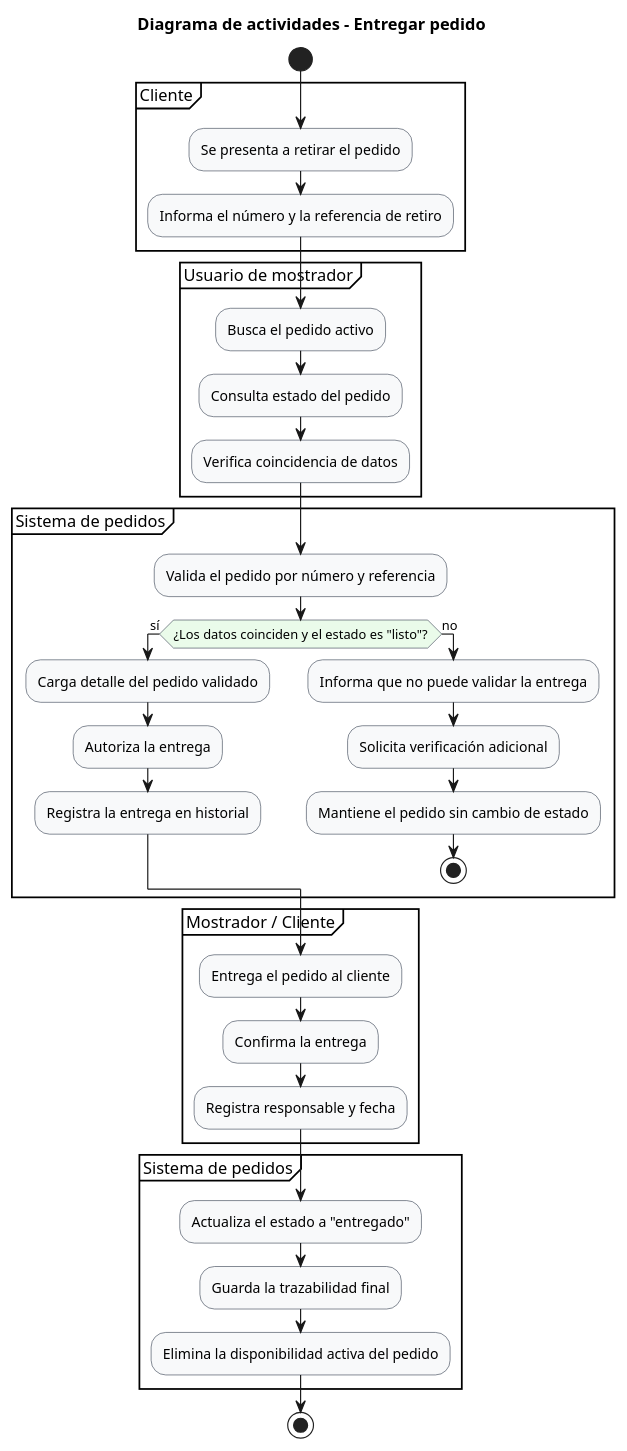
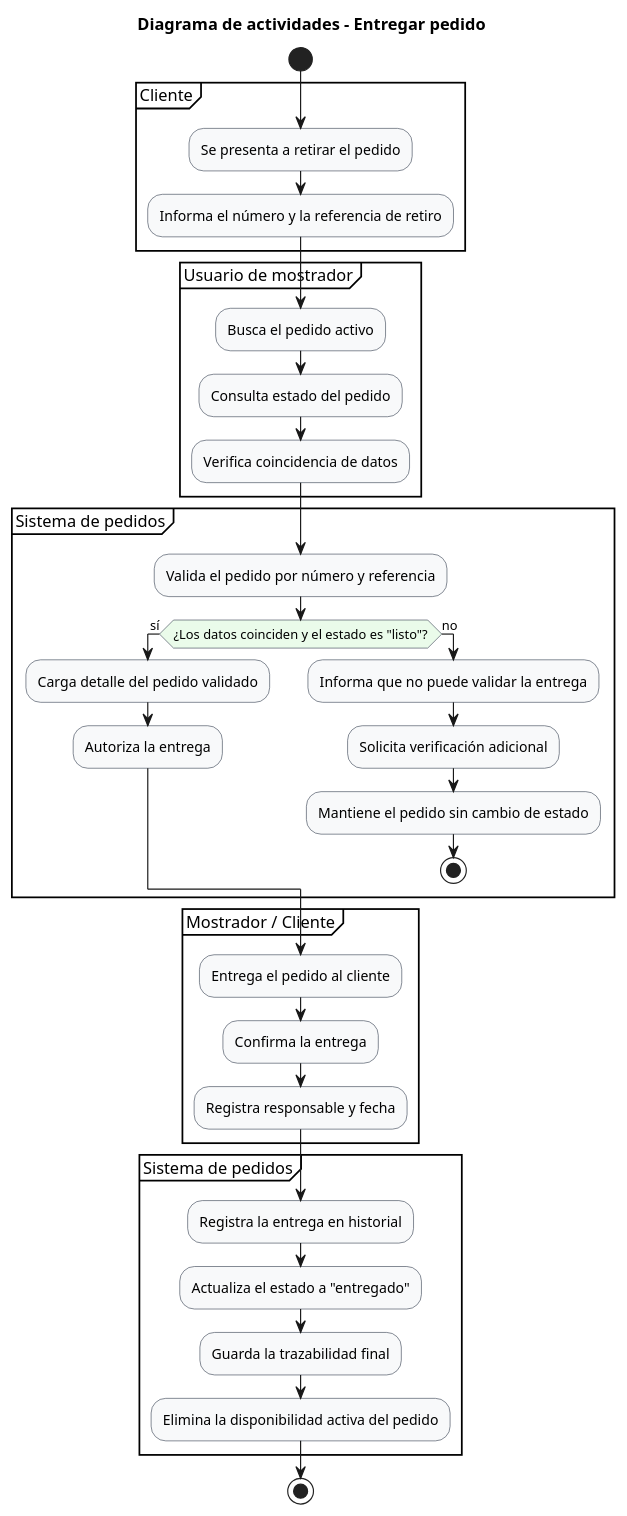
One commit to lucasmengarelli3/SistemaPedidos changed the diagram in diagramas/04-diagramas-actividades/04-actividad-entregar-pedido-05.puml. Above: the diagram before and after it, drawn with PlantUML. The commit also changed 8 other files, not shown here.

```diff
--- a/diagramas/04-diagramas-actividades/04-actividad-entregar-pedido-05.puml
+++ b/diagramas/04-diagramas-actividades/04-actividad-entregar-pedido-05.puml
@@ -1,54 +1,54 @@
 @startuml
 !pragma useVerticalIf on
 skinparam shadowing false
 skinparam linetype ortho
 skinparam activity {
   BackgroundColor #F8F9FA
   BorderColor #2F3A4A
   DiamondBackgroundColor #EAFBEA
   DiamondBorderColor #2F3A4A
 }
 
 title Diagrama de actividades - Entregar pedido
 
 start
 
 partition "Cliente" {
   :Se presenta a retirar el pedido;
   :Informa el número y la referencia de retiro;
 }
 
 partition "Usuario de mostrador" {
   :Busca el pedido activo;
   :Consulta estado del pedido;
   :Verifica coincidencia de datos;
 }
 
 partition "Sistema de pedidos" {
   :Valida el pedido por número y referencia;
   if (¿Los datos coinciden y el estado es "listo"?) then (sí)
     :Carga detalle del pedido validado;
     :Autoriza la entrega;
-    :Registra la entrega en historial;
   else (no)
     :Informa que no puede validar la entrega;
     :Solicita verificación adicional;
     :Mantiene el pedido sin cambio de estado;
     stop
   endif
 }
 
 partition "Mostrador / Cliente" {
   :Entrega el pedido al cliente;
   :Confirma la entrega;
   :Registra responsable y fecha;
 }
 
 partition "Sistema de pedidos" {
+  :Registra la entrega en historial;
   :Actualiza el estado a "entregado";
   :Guarda la trazabilidad final;
   :Elimina la disponibilidad activa del pedido;
 }
 
 stop
 @enduml
```
